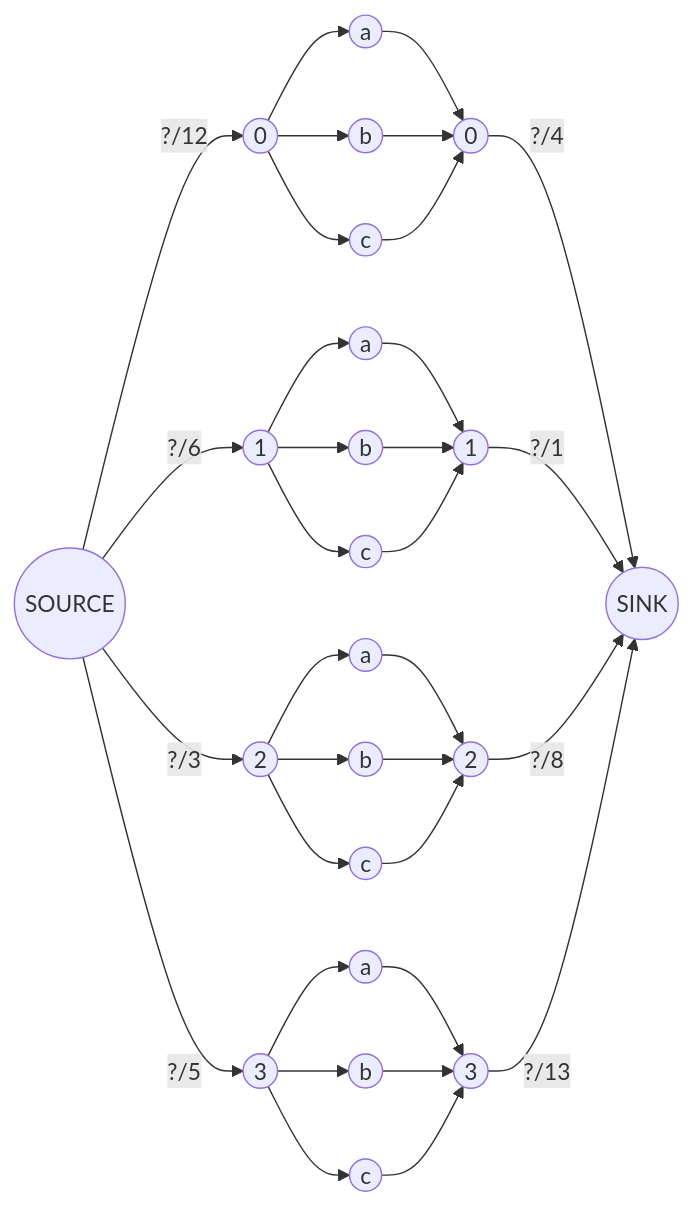
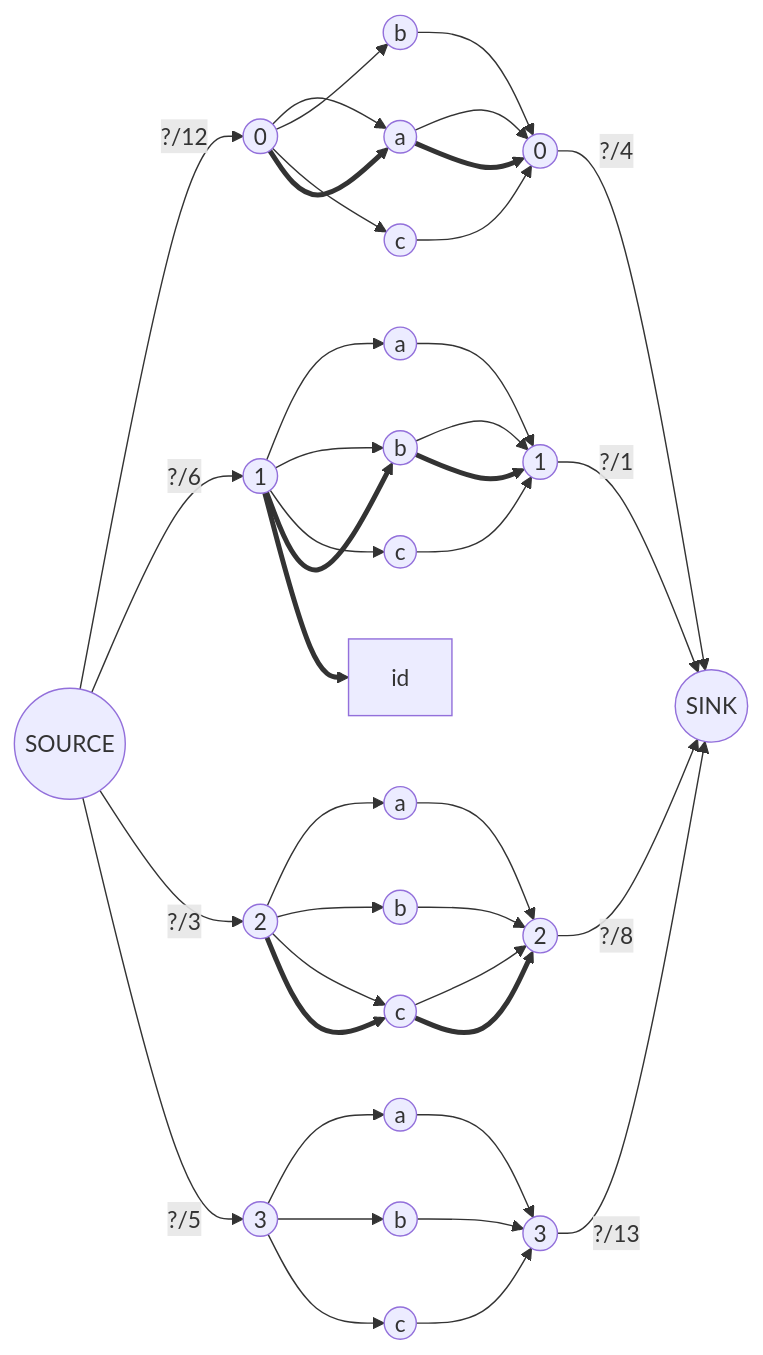
One commit to bfeitknecht/vault changed the second of 2 diagrams in vault/sem2/AuW/UE/cx/bf/cx09-bf.md. Above: the diagram before and after it, drawn with Mermaid.

Commit message:
vault backup: 2024-05-18 21:02:51 from MacBook Pro (echo)
Affected files:
vault/sem2/AuW/UE/cx/bf/cx09-bf.md

````diff
--- a/vault/sem2/AuW/UE/cx/bf/cx09-bf.md
+++ b/vault/sem2/AuW/UE/cx/bf/cx09-bf.md
@@ -22,55 +22,61 @@
 ```mermaid
 flowchart LR
 
 idF(("SOURCE"))
 idT(("SINK"))
 
 idf0((0))
 idf1((1))
 idf2((2))
 idf3((3))
 
 id0a((a))
 id0b((b))
 id0c((c))
 
 id1a((a))
 id1b((b))
 id1c((c))
 
 id2a((a))
 id2b((b))
 id2c((c))
 
 id3a((a))
 id3b((b))
 id3c((c))
 
 idt0((0))
 idt1((1))
 idt2((2))
 idt3((3))
 
 %%%%%%%%%%%%%%%%%%%%%%%%%%%%%%%%%%%%%%%%%%%%
 
 idF -->|"?/12"| idf0 
 idF -->|"?/6"| idf1
 idF -->|"?/3"| idf2
 idF -->|"?/5"| idf3
 
 idt0 -->|"?/4"| idT 
 idt1 -->|"?/1"| idT
 idt2 -->|"?/8"| idT
 idt3 -->|"?/13"| idT
 
+
 idf0 --> id0a & id0b & id0c --> idt0
 idf1 --> id1a & id1b & id1c --> idt1
 idf2 --> id2a & id2b & id2c --> idt2
 idf3 --> id3a & id3b & id3c --> idt3
+
+idf0 ==> id0a ==> idt0
+idf1 ==> id1b ==> idt1
+idf2 ==> id2c ==> idt2
+idf1 ==> id
 
 
 %%idf0 --> id1a
 %%idf1 --> id2b
 %%idf2 --> id1c
 %%idf1 --> id3a
 ```
````
